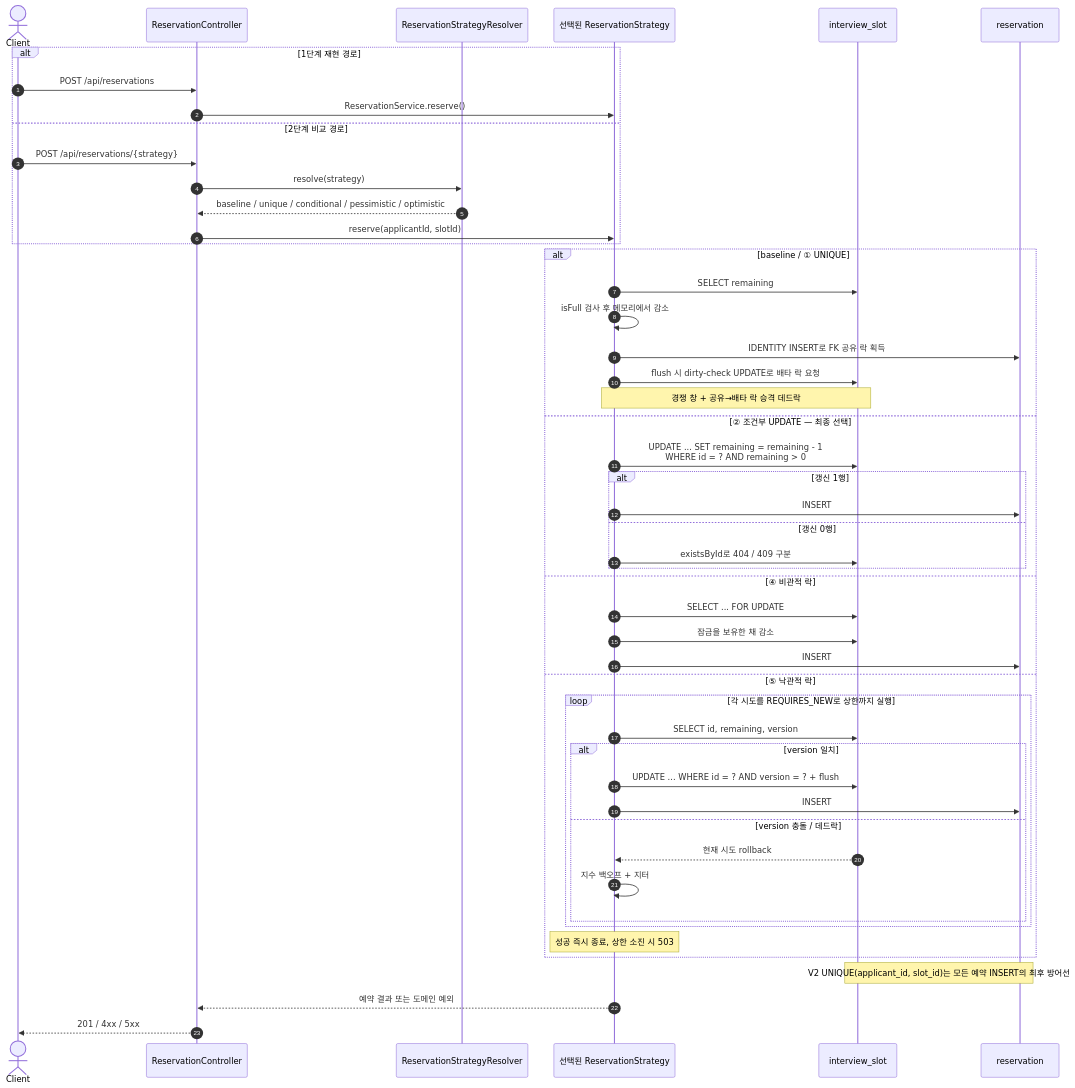
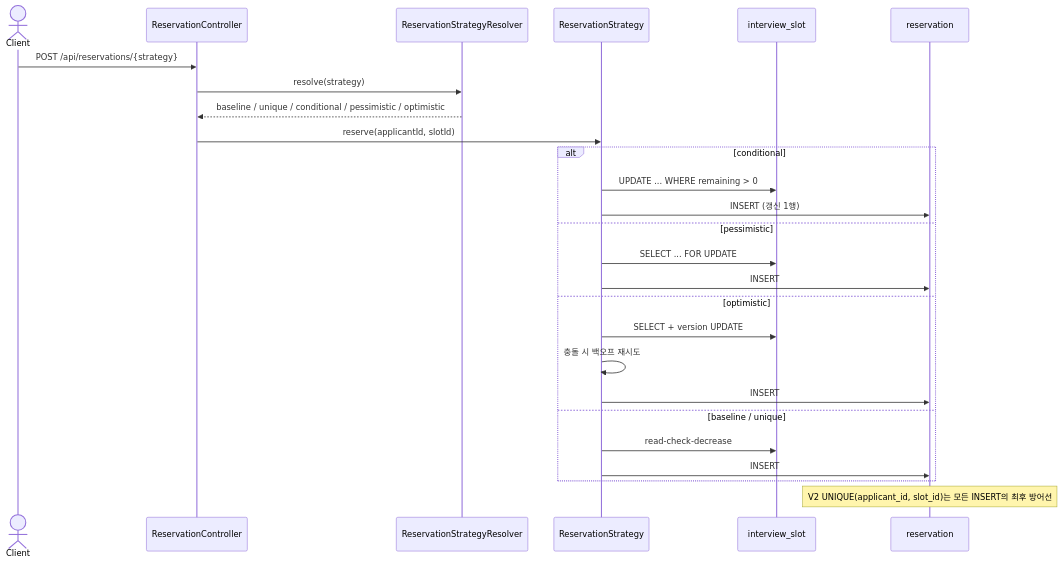
One commit to SangHyeok0908/Concurrency-Control changed the diagram in README.md. Above: the diagram before and after it, drawn with Mermaid. The commit also changed other lines of this file and 16 other files, not shown here.

````diff
--- a/README.md
+++ b/README.md
@@ -166,55 +121,29 @@
 ```mermaid
 sequenceDiagram
-    autonumber
     actor Client
     participant Controller as ReservationController
     participant Resolver as ReservationStrategyResolver
-    participant Strategy as 선택된 ReservationStrategy
+    participant Strategy as ReservationStrategy
     participant Slot as interview_slot
     participant Reservation as reservation
 
-    alt 1단계 재현 경로
-        Client->>Controller: POST /api/reservations
-        Controller->>Strategy: ReservationService.reserve()
-    else 2단계 비교 경로
-        Client->>Controller: POST /api/reservations/{strategy}
-        Controller->>Resolver: resolve(strategy)
-        Resolver-->>Controller: baseline / unique / conditional / pessimistic / optimistic
-        Controller->>Strategy: reserve(applicantId, slotId)
+    Client->>Controller: POST /api/reservations/{strategy}
+    Controller->>Resolver: resolve(strategy)
+    Resolver-->>Controller: baseline / unique / conditional / pessimistic / optimistic
+    Controller->>Strategy: reserve(applicantId, slotId)
+    alt conditional
+        Strategy->>Slot: UPDATE ... WHERE remaining > 0
+        Strategy->>Reservation: INSERT (갱신 1행)
+    else pessimistic
+        Strategy->>Slot: SELECT ... FOR UPDATE
+        Strategy->>Reservation: INSERT
+    else optimistic
+        Strategy->>Slot: SELECT + version UPDATE
+        Strategy->>Strategy: 충돌 시 백오프 재시도
+        Strategy->>Reservation: INSERT
+    else baseline / unique
+        Strategy->>Slot: read-check-decrease
+        Strategy->>Reservation: INSERT
     end
-
-    alt baseline / ① UNIQUE
-        Strategy->>Slot: SELECT remaining
-        Strategy->>Strategy: isFull 검사 후 메모리에서 감소
-        Strategy->>Reservation: IDENTITY INSERT로 FK 공유 락 획득
-        Strategy->>Slot: flush 시 dirty-check UPDATE로 배타 락 요청
-        Note over Strategy,Slot: 경쟁 창 + 공유→배타 락 승격 데드락
-    else ② 조건부 UPDATE — 최종 선택
-        Strategy->>Slot: UPDATE ... SET remaining = remaining - 1<br/>WHERE id = ? AND remaining > 0
-        alt 갱신 1행
-            Strategy->>Reservation: INSERT
-        else 갱신 0행
-            Strategy->>Slot: existsById로 404 / 409 구분
-        end
-    else ④ 비관적 락
-        Strategy->>Slot: SELECT ... FOR UPDATE
-        Strategy->>Slot: 잠금을 보유한 채 감소
-        Strategy->>Reservation: INSERT
-    else ⑤ 낙관적 락
-        loop 각 시도를 REQUIRES_NEW로 상한까지 실행
-            Strategy->>Slot: SELECT id, remaining, version
-            alt version 일치
-                Strategy->>Slot: UPDATE ... WHERE id = ? AND version = ? + flush
-                Strategy->>Reservation: INSERT
-            else version 충돌 / 데드락
-                Slot-->>Strategy: 현재 시도 rollback
-                Strategy->>Strategy: 지수 백오프 + 지터
-            end
-        end
-        Note over Strategy: 성공 즉시 종료, 상한 소진 시 503
-    end
-
-    Note over Slot,Reservation: V2 UNIQUE(applicant_id, slot_id)는 모든 예약 INSERT의 최후 방어선
-    Strategy-->>Controller: 예약 결과 또는 도메인 예외
-    Controller-->>Client: 201 / 4xx / 5xx
+    Note over Reservation: V2 UNIQUE(applicant_id, slot_id)는 모든 INSERT의 최후 방어선
 ```
````
